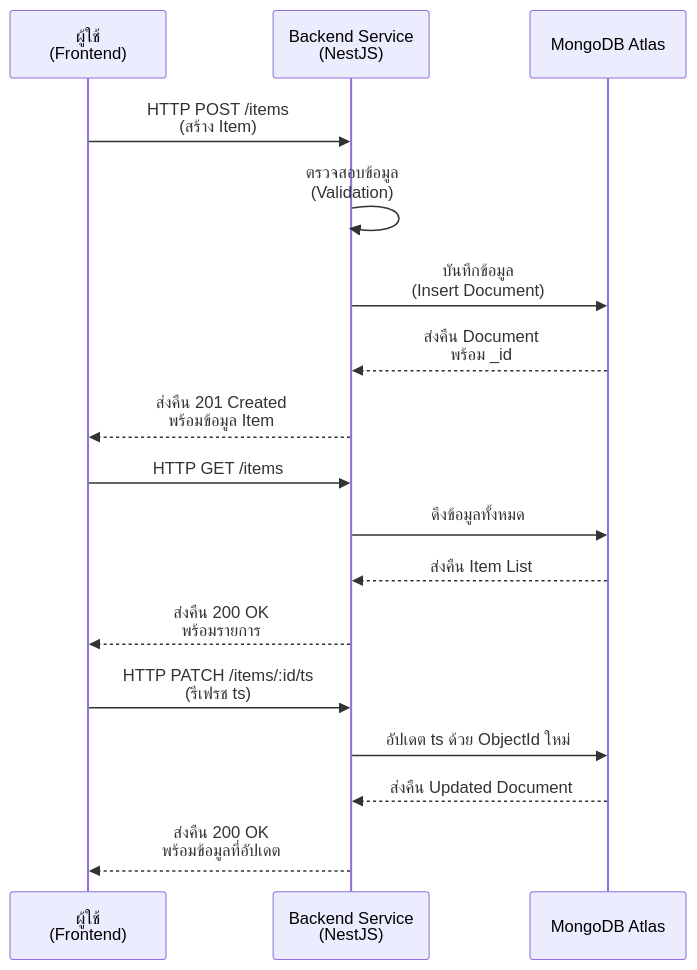
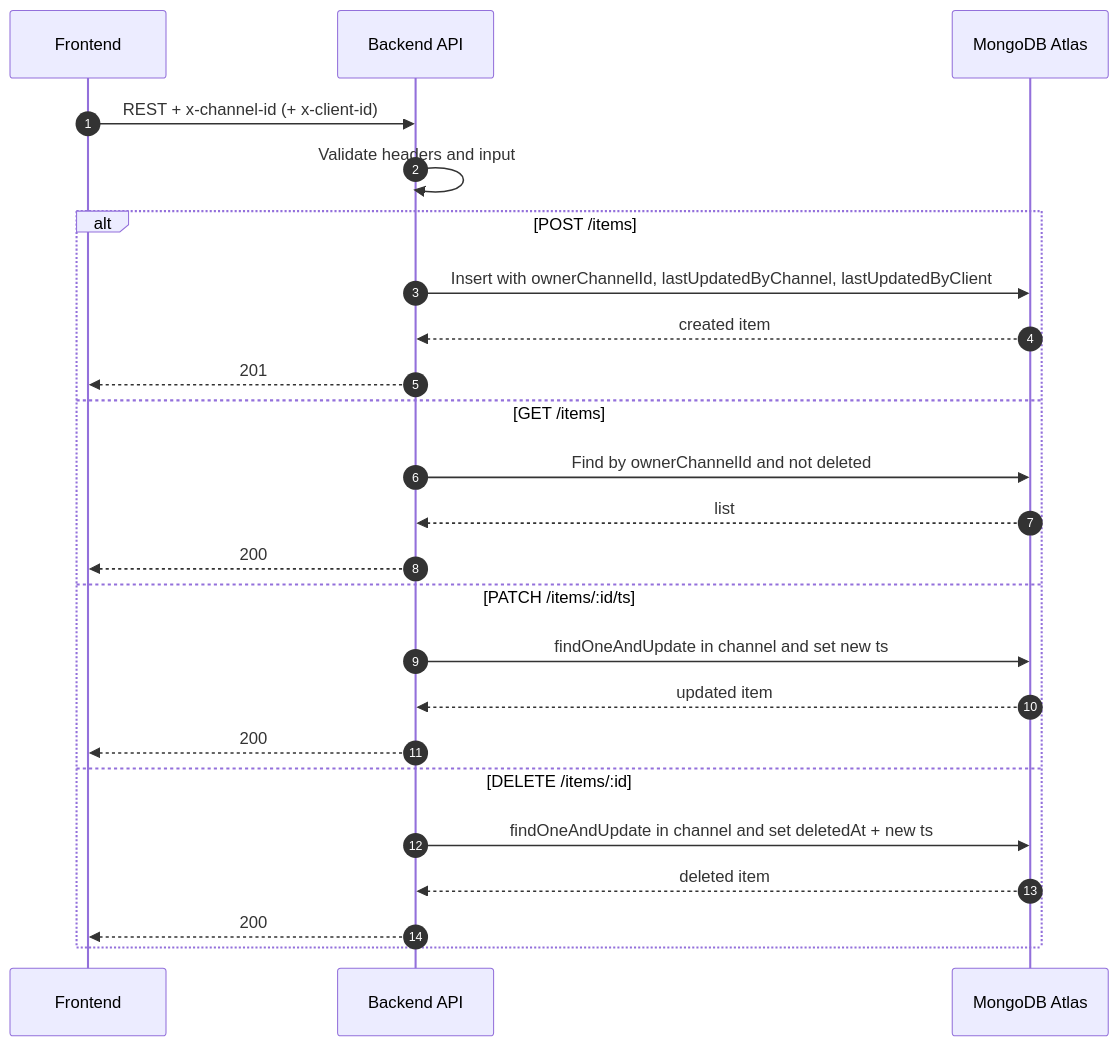
The first of 2 diagrams in backend-service/ARCHITECTURE_DIAGRAMS.md (kanha-p-dev/realtime-event-system), drawn with Mermaid before and after one commit. The commit also changed other lines of this file and 8 other files, not shown here.

````diff
--- a/backend-service/ARCHITECTURE_DIAGRAMS.md
+++ b/backend-service/ARCHITECTURE_DIAGRAMS.md
@@ -13,22 +5,28 @@
 ```mermaid
 sequenceDiagram
-    participant ผู้ใช้ as ผู้ใช้<br/>(Frontend)
-    participant API as Backend Service<br/>(NestJS)
-    participant MongoDB as MongoDB Atlas
+    autonumber
+    participant FE as Frontend
+    participant API as Backend API
+    participant DB as MongoDB Atlas
 
-    ผู้ใช้->>API: HTTP POST /items<br/>(สร้าง Item)
-    API->>API: ตรวจสอบข้อมูล<br/>(Validation)
-    API->>MongoDB: บันทึกข้อมูล<br/>(Insert Document)
-    MongoDB-->>API: ส่งคืน Document<br/>พร้อม _id
-    API-->>ผู้ใช้: ส่งคืน 201 Created<br/>พร้อมข้อมูล Item
+    FE->>API: REST + x-channel-id (+ x-client-id)
+    API->>API: Validate headers and input
 
-    ผู้ใช้->>API: HTTP GET /items
-    API->>MongoDB: ดึงข้อมูลทั้งหมด
-    MongoDB-->>API: ส่งคืน Item List
-    API-->>ผู้ใช้: ส่งคืน 200 OK<br/>พร้อมรายการ
-
-    ผู้ใช้->>API: HTTP PATCH /items/:id/ts<br/>(รีเฟรช ts)
-    API->>MongoDB: อัปเดต ts ด้วย ObjectId ใหม่
-    MongoDB-->>API: ส่งคืน Updated Document
-    API-->>ผู้ใช้: ส่งคืน 200 OK<br/>พร้อมข้อมูลที่อัปเดต
+    alt POST /items
+        API->>DB: Insert with ownerChannelId, lastUpdatedByChannel, lastUpdatedByClient
+        DB-->>API: created item
+        API-->>FE: 201
+    else GET /items
+        API->>DB: Find by ownerChannelId and not deleted
+        DB-->>API: list
+        API-->>FE: 200
+    else PATCH /items/:id/ts
+        API->>DB: findOneAndUpdate in channel and set new ts
+        DB-->>API: updated item
+        API-->>FE: 200
+    else DELETE /items/:id
+        API->>DB: findOneAndUpdate in channel and set deletedAt + new ts
+        DB-->>API: deleted item
+        API-->>FE: 200
+    end
 ```
````
